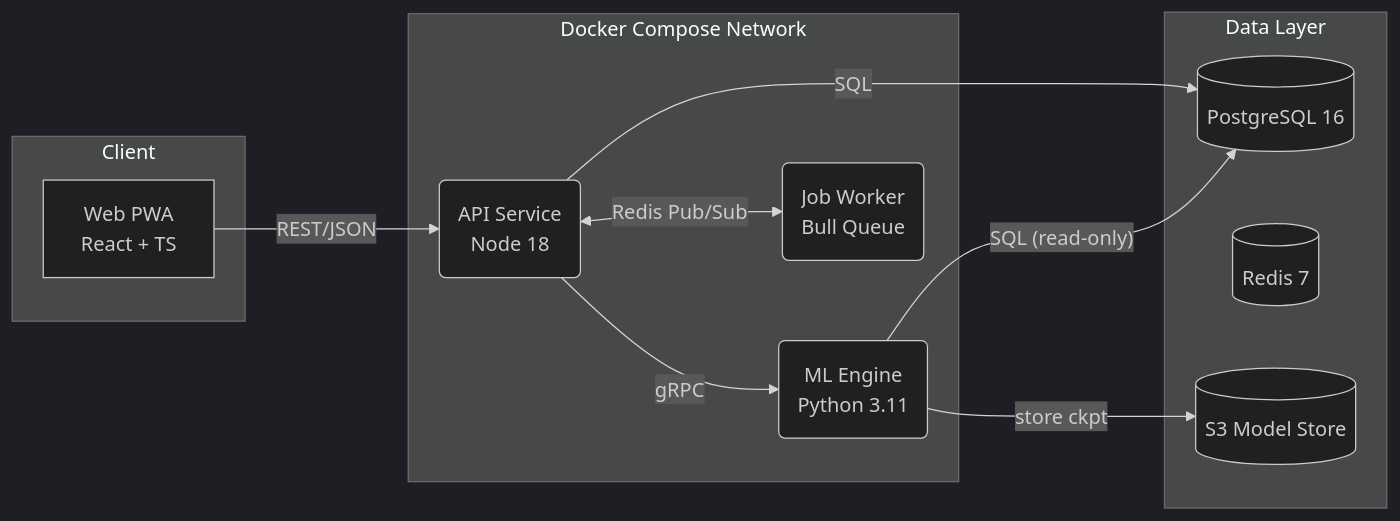
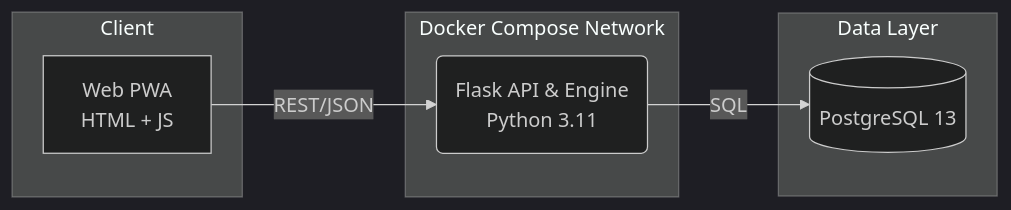
The diagram in ARCHITECTURE.md (FelixFuhs/GymGenius), drawn with Mermaid (dark theme) before and after one commit. The commit also changed other lines of this file and 1 other file, not shown here.

````diff
--- a/ARCHITECTURE.md
+++ b/ARCHITECTURE.md
@@ -7,23 +7,15 @@
 ```mermaid
 flowchart LR
     subgraph Client
-        A[Web PWA<br/>React + TS]
+        A[Web PWA<br/>HTML + JS]
     end
     subgraph Docker Compose Network
-        B(API Service<br/>Node 18)
-        C(ML Engine<br/>Python 3.11)
-        D(Job Worker<br/>Bull Queue)
+        B(Flask API & Engine<br/>Python 3.11)
     end
     subgraph Data Layer
-        E[(PostgreSQL 16)]
-        F[(Redis 7)]
-        G[(S3 Model Store)]
+        E[(PostgreSQL 13)]
     end
 
     A -- REST/JSON --> B
-    B -- gRPC --> C
-    B <-- Redis Pub/Sub --> D
     B -- SQL --> E
-    C -- SQL (read-only) --> E
-    C -- store ckpt --> G
 ```
````
